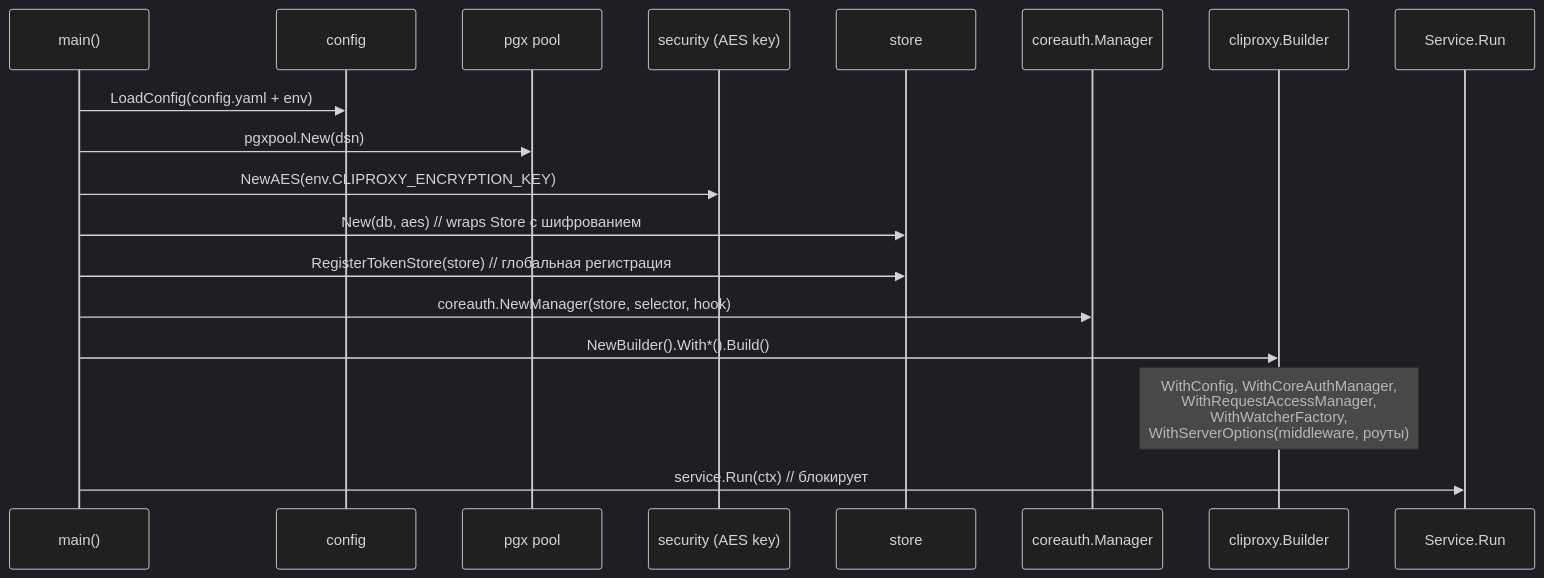
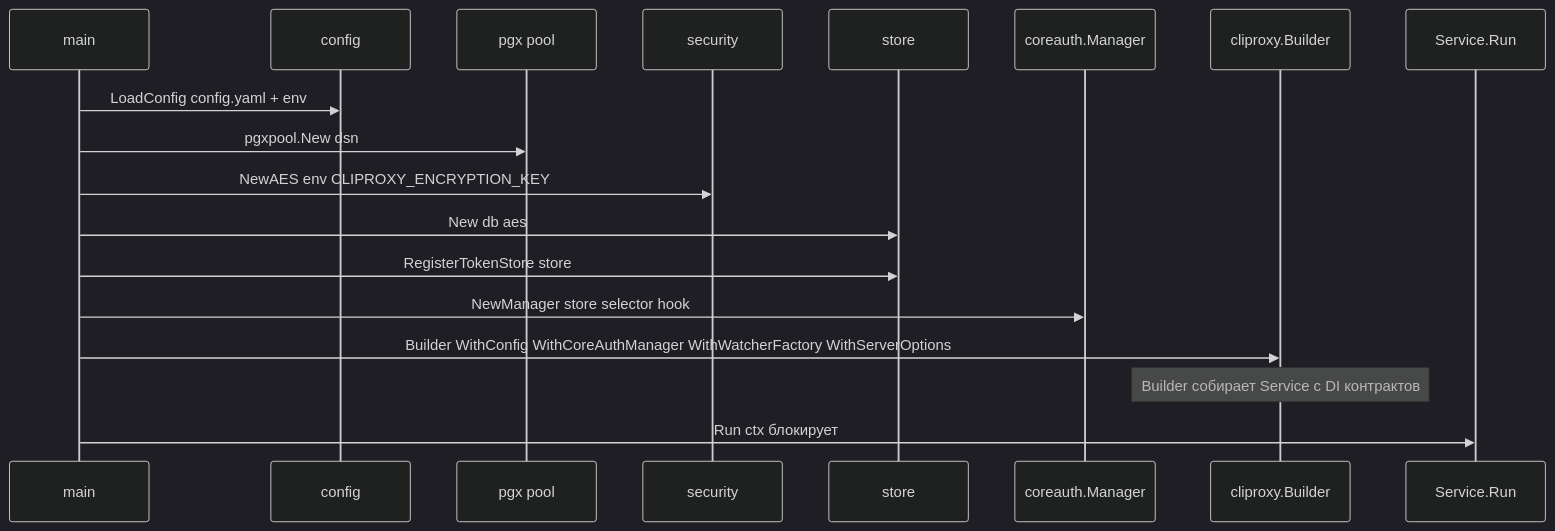
The second of 7 diagrams in docs/architecture.md (ilyast91/CLIProxyNew), drawn with Mermaid (dark theme) before and after one commit. The commit also changed other lines of this file and 1 other file, not shown here.

First line of the commit message:
docs: исправить Mermaid-диаграммы для рендера на GitHub

````diff
--- a/docs/architecture.md
+++ b/docs/architecture.md
@@ -79,21 +79,21 @@
 ```mermaid
 sequenceDiagram
-    participant M as main()
+    participant M as main
     participant C as config
     participant DB as pgx pool
-    participant S as security (AES key)
+    participant S as security
     participant Store as store
     participant CoreMgr as coreauth.Manager
     participant B as cliproxy.Builder
     participant Svc as Service.Run
 
-    M->>C: LoadConfig(config.yaml + env)
-    M->>DB: pgxpool.New(dsn)
-    M->>S: NewAES(env.CLIPROXY_ENCRYPTION_KEY)
-    M->>Store: New(db, aes) // wraps Store с шифрованием
-    M->>Store: RegisterTokenStore(store) // глобальная регистрация
-    M->>CoreMgr: coreauth.NewManager(store, selector, hook)
-    M->>B: NewBuilder().With*().Build()
-    Note over B: WithConfig, WithCoreAuthManager,<br/>WithRequestAccessManager,<br/>WithWatcherFactory,<br/>WithServerOptions(middleware, роуты)
-    M->>Svc: service.Run(ctx) // блокирует
+    M->>C: LoadConfig config.yaml + env
+    M->>DB: pgxpool.New dsn
+    M->>S: NewAES env CLIPROXY_ENCRYPTION_KEY
+    M->>Store: New db aes
+    M->>Store: RegisterTokenStore store
+    M->>CoreMgr: NewManager store selector hook
+    M->>B: Builder WithConfig WithCoreAuthManager WithWatcherFactory WithServerOptions
+    Note over B: Builder собирает Service с DI контрактов
+    M->>Svc: Run ctx блокирует
 ```
````
